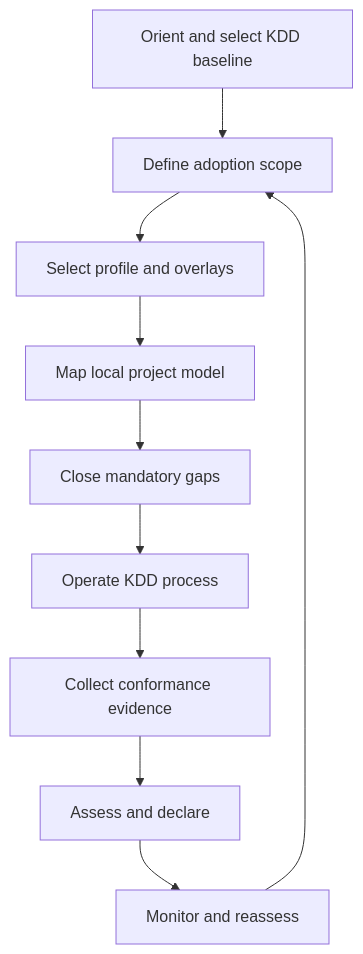
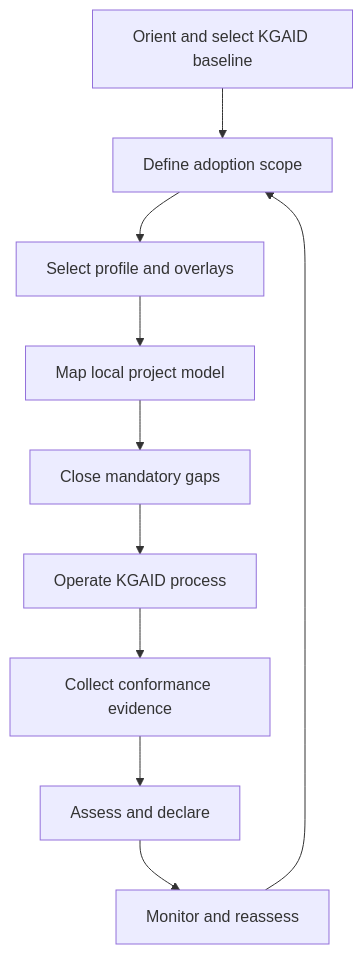
One commit to KrzysztofOle/knowledge-driven-development changed the first of 2 diagrams in docs/40-adoption/adoption-and-conformance-model.md. Above: the diagram before and after it, drawn with Mermaid. The commit also changed other lines of this file, not shown here.

Commit message:
docs(identity): migrate normative document to KGAID

```diff
--- a/docs/40-adoption/adoption-and-conformance-model.md
+++ b/docs/40-adoption/adoption-and-conformance-model.md
@@ -229,12 +229,12 @@
 ~~~mermaid
 flowchart TD
-    A["Orient and select KDD baseline"] --> B["Define adoption scope"]
+    A["Orient and select KGAID baseline"] --> B["Define adoption scope"]
     B --> C["Select profile and overlays"]
     C --> D["Map local project model"]
     D --> E["Close mandatory gaps"]
-    E --> F["Operate KDD process"]
+    E --> F["Operate KGAID process"]
     F --> G["Collect conformance evidence"]
     G --> H["Assess and declare"]
     H --> I["Monitor and reassess"]
     I --> B
 ~~~
```
